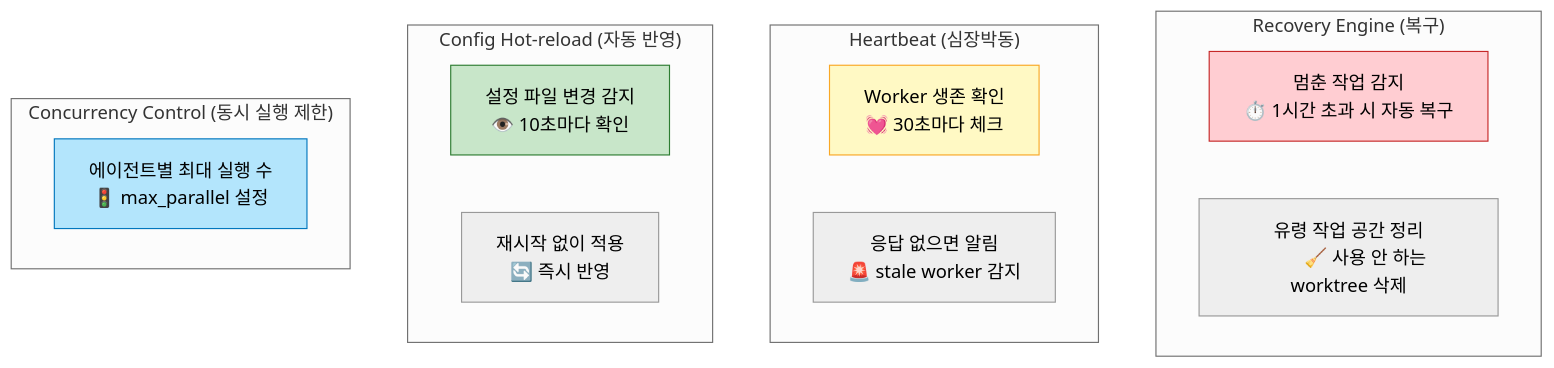
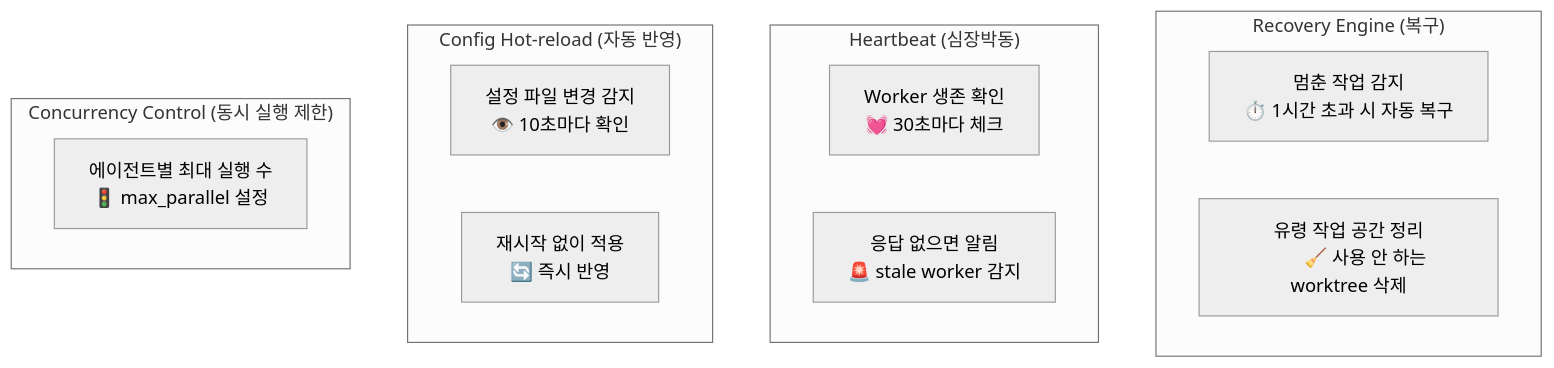
One commit to tykimos/assiharness changed diagram 16 of 17 in README.md. Above: the diagram before and after it, drawn with Mermaid (neutral theme). The commit also changed other lines of this file, not shown here.

First line of the commit message:
fix: remove Mermaid style overrides for light/dark theme compatibility

````diff
--- a/README.md
+++ b/README.md
@@ -794,33 +751,29 @@
 ```mermaid
 graph TD
     subgraph "Recovery Engine (복구)"
         R1["멈춘 작업 감지
         ⏱️ 1시간 초과 시 자동 복구"]
         R2["유령 작업 공간 정리
         🧹 사용 안 하는 worktree 삭제"]
     end
 
     subgraph "Heartbeat (심장박동)"
         H1["Worker 생존 확인
         💓 30초마다 체크"]
         H2["응답 없으면 알림
         🚨 stale worker 감지"]
     end
 
     subgraph "Config Hot-reload (자동 반영)"
         C1["설정 파일 변경 감지
         👁️ 10초마다 확인"]
         C2["재시작 없이 적용
         🔄 즉시 반영"]
     end
 
     subgraph "Concurrency Control (동시 실행 제한)"
         CC1["에이전트별 최대 실행 수
         🚦 max_parallel 설정"]
     end
 
-    style R1 fill:#FFCDD2,stroke:#C62828
-    style H1 fill:#FFF9C4,stroke:#F9A825
-    style C1 fill:#C8E6C9,stroke:#2E7D32
-    style CC1 fill:#B3E5FC,stroke:#0277BD
 ```
````
